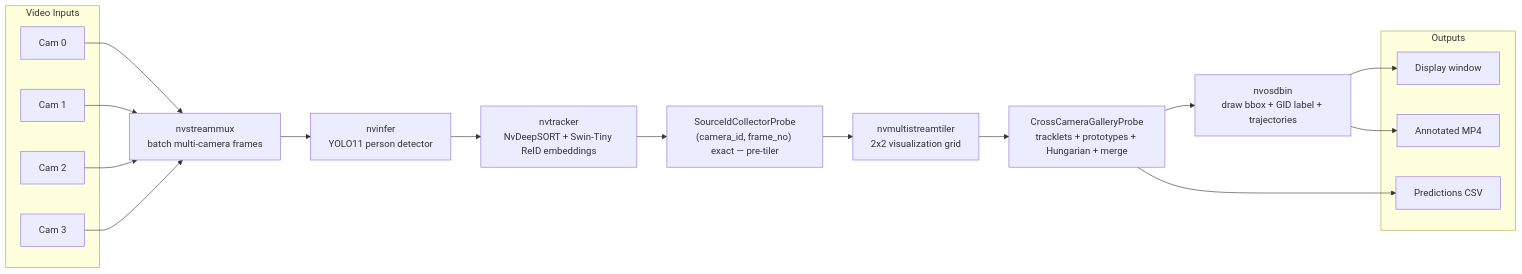
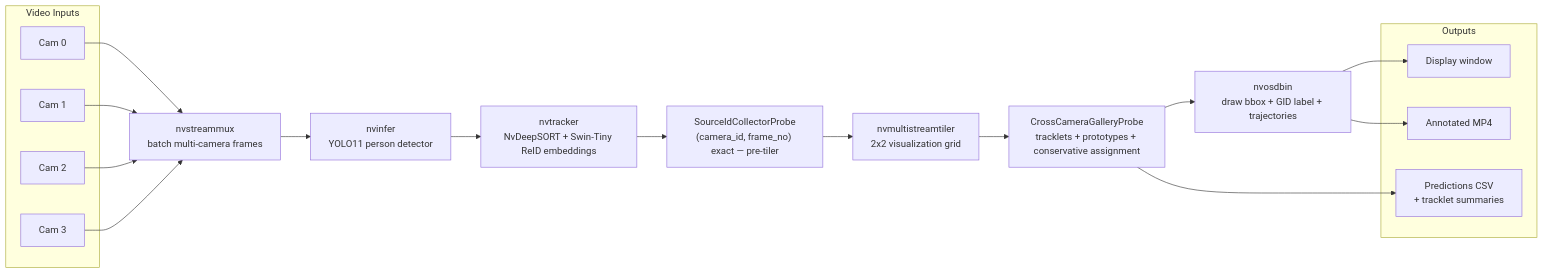
Before and after one commit to NLT22/multi_stream_people_tracker: the diagram in README.md, drawn with Mermaid. The commit also changed other lines of this file and 8 other files, not shown here.

````diff
--- a/README.md
+++ b/README.md
@@ -216,33 +227,33 @@
 ```mermaid
 flowchart LR
     subgraph Inputs["Video Inputs"]
         C0["Cam 0"]
         C1["Cam 1"]
         C2["Cam 2"]
         C3["Cam 3"]
     end
 
     C0 --> MUX
     C1 --> MUX
     C2 --> MUX
     C3 --> MUX
 
     MUX["nvstreammux<br/>batch multi-camera frames"]
     DET["nvinfer<br/>YOLO11 person detector"]
     TRK["nvtracker<br/>NvDeepSORT + Swin-Tiny ReID embeddings"]
     SRC["SourceIdCollectorProbe<br/>(camera_id, frame_no) exact — pre-tiler"]
     TILER["nvmultistreamtiler<br/>2x2 visualization grid"]
-    REID["CrossCameraGalleryProbe<br/>tracklets + prototypes + Hungarian + merge"]
+    REID["CrossCameraGalleryProbe<br/>tracklets + prototypes + conservative assignment"]
     OSD["nvosdbin<br/>draw bbox + GID label + trajectories"]
 
     subgraph Outputs["Outputs"]
         DISPLAY["Display window"]
         VIDEO["Annotated MP4"]
-        CSV["Predictions CSV"]
+        CSV["Predictions CSV<br/>+ tracklet summaries"]
     end
 
     MUX --> DET --> TRK --> SRC --> TILER --> REID --> OSD
     OSD --> DISPLAY
     OSD --> VIDEO
     REID --> CSV
 ```
````
